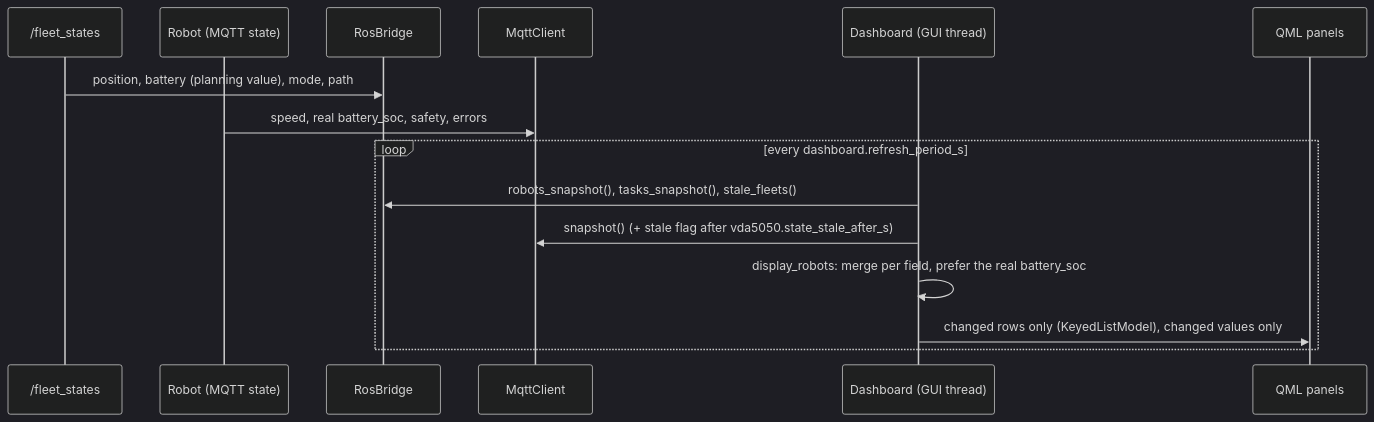
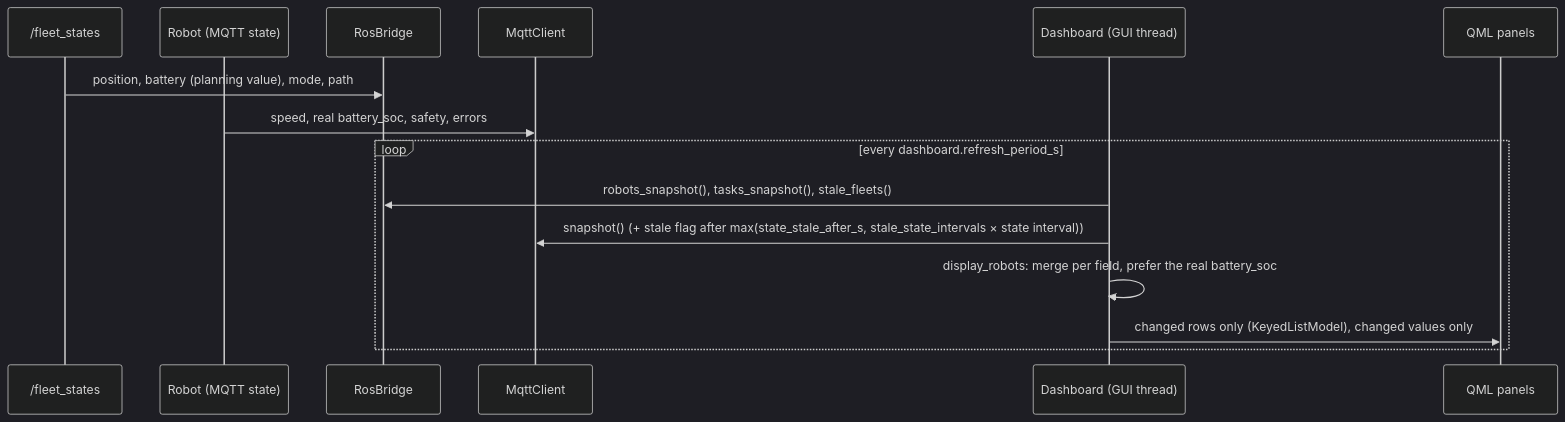
One commit to NhatTran-97/eiu-vda5050-support-open-rmf changed the sixth of 6 diagrams in eiu_fleet_ui/docs/architecture.md. Above: the diagram before and after it, drawn with Mermaid (dark theme). The commit also changed other lines of this file and 23 other files, not shown here.

````diff
--- a/eiu_fleet_ui/docs/architecture.md
+++ b/eiu_fleet_ui/docs/architecture.md
@@ -224,18 +202,18 @@
 ```mermaid
 sequenceDiagram
     participant RMF as /fleet_states
     participant Robot as Robot (MQTT state)
     participant RB as RosBridge
     participant MC as MqttClient
     participant D as Dashboard (GUI thread)
     participant UI as QML panels
 
     RMF->>RB: position, battery (planning value), mode, path
     Robot->>MC: speed, real battery_soc, safety, errors
     loop every dashboard.refresh_period_s
         D->>RB: robots_snapshot(), tasks_snapshot(), stale_fleets()
-        D->>MC: snapshot() (+ stale flag after vda5050.state_stale_after_s)
+        D->>MC: snapshot() (+ stale flag after max(state_stale_after_s, stale_state_intervals × state interval))
         D->>D: display_robots: merge per field, prefer the real battery_soc
         D->>UI: changed rows only (KeyedListModel), changed values only
     end
 ```
````
